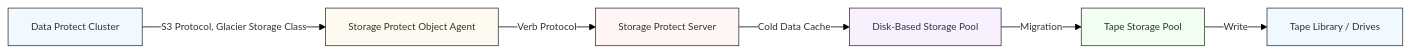
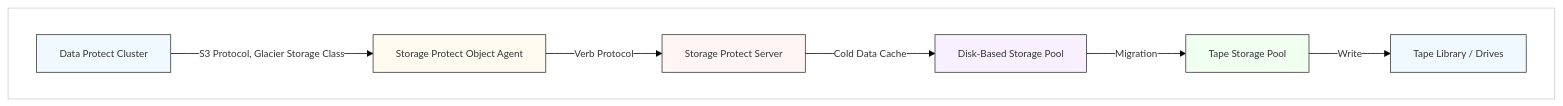
The first of 17 diagrams in blueprint/integrations/data-protect/defender-data-protect-with-storage-protect-tape-integration.md (TarSemaj/storage-protect-galaxy), drawn with Mermaid before and after one commit. The commit also changed other lines of this file, not shown here.

Commit message:
Diagram formatting changes

````diff
--- a/blueprint/integrations/data-protect/defender-data-protect-with-storage-protect-tape-integration.md
+++ b/blueprint/integrations/data-protect/defender-data-protect-with-storage-protect-tape-integration.md
@@ -47,15 +47,19 @@
 ```mermaid
 %%{init: {'theme':'base', 'themeVariables': {'fontSize':'13px', 'fontFamily':'arial', 'background':'white', 'primaryBackground':'white', 'nodeBorder':'#333333', 'edgeLabelBackground':'white'}}}%%
-graph LR
-    A[Data Protect Cluster] -->|S3 Protocol, Glacier Storage Class| B[Storage Protect Object Agent] -->|Verb Protocol| C[Storage Protect Server]
-    C -->|Cold Data Cache| D[Disk-Based Storage Pool]
-    D -->|Migration| E[Tape Storage Pool]
-    E -->|Write| F[Tape Library / Drives]
-    
+graph TD
+    subgraph BG[" "]
+        A[Data Protect Cluster] -->|S3 Protocol, Glacier Storage Class| B[Storage Protect Object Agent]
+        B -->|Verb Protocol| C[Storage Protect Server]
+        C -->|Cold Data Cache| D[Disk-Based Storage Pool]
+        D -->|Migration| E[Tape Storage Pool]
+        E -->|Write| F[Tape Library / Drives]
+    end
+
+    style BG fill:white,stroke:#cccccc
     style A fill:#f0f9ff
     style B fill:#fffaf0
     style C fill:#fff5f5
     style D fill:#f8f0ff
     style E fill:#f0fff0
     style F fill:#f0f9ff
 ```
````
